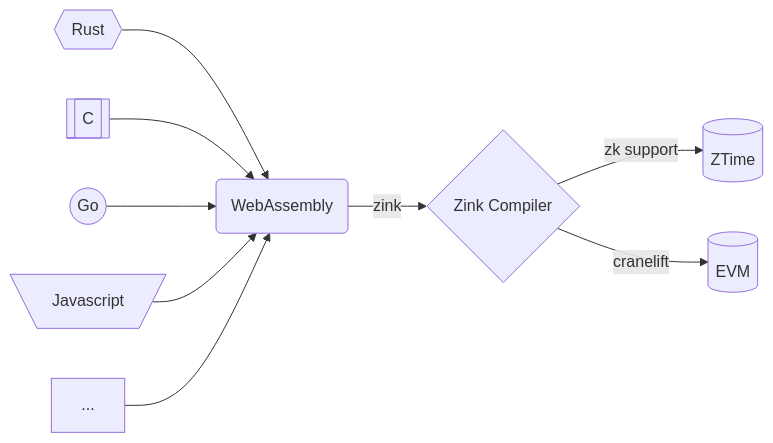
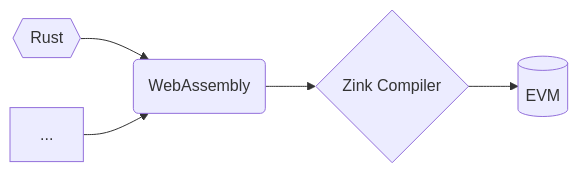
The diagram in README.md (zink-lang/zink), drawn with Mermaid before and after one commit. The commit also changed 19 other files, not shown here.

````diff
--- a/README.md
+++ b/README.md
@@ -13,11 +13,7 @@
 ```mermaid
 flowchart LR
-    A{{Rust}} --> W(WebAssembly)
-    B[[C]] --> W
-    C((Go)) --> W
-    D[\Javascript/] --> W
-    E[...] --> W
-    W --> |zink| Z{Zink Compiler}
-    Z --> |zk support| T[(ZTime)]
-    Z --> |cranelift| V[(EVM)]
+    R{{Rust}} --> W(WebAssembly)
+    O[...] --> W
+    W --> Z{Zink Compiler}
+    Z --> V[(EVM)]
 ```
````
